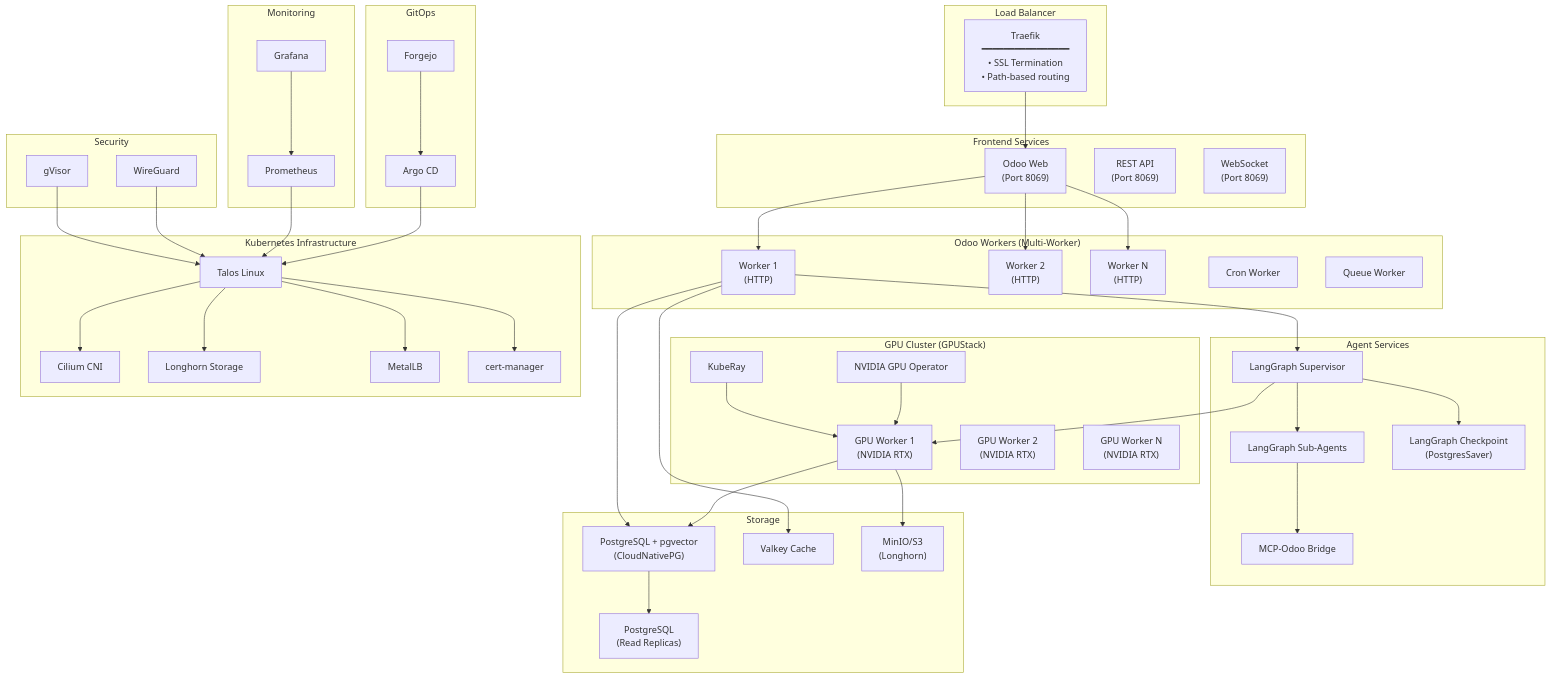
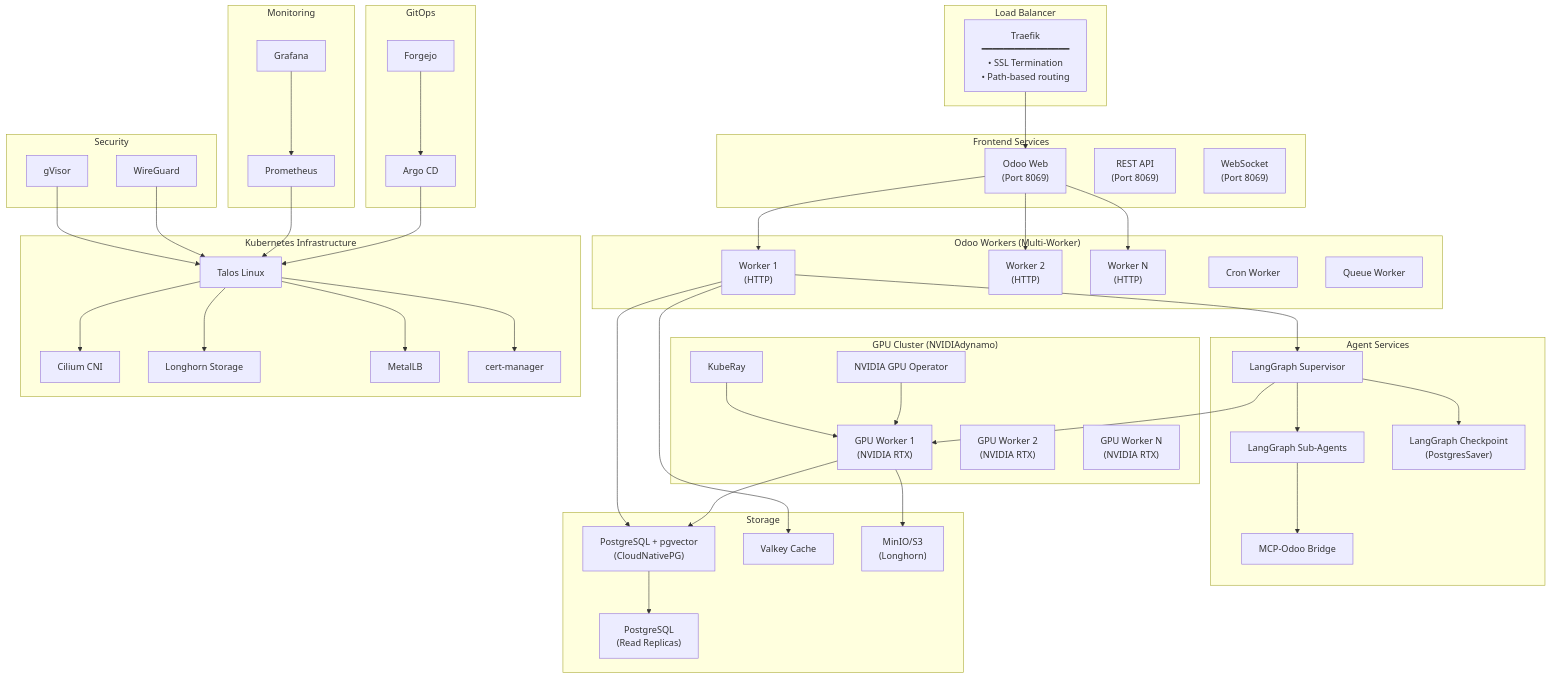
Diagram 11 of 12 in docs/developer/Logical-Solution-Architecture-Diagram.md (nettrades/nettrades-platform), drawn with Mermaid before and after one commit. The commit also changed other lines of this file and 56 other files, not shown here.

```diff
--- a/docs/developer/Logical-Solution-Architecture-Diagram.md
+++ b/docs/developer/Logical-Solution-Architecture-Diagram.md
@@ -766,7 +765,7 @@
         Checkpoint["LangGraph Checkpoint\n(PostgresSaver)"]
     end
 
-    subgraph GPUCluster["GPU Cluster (GPUStack)"]
+    subgraph GPUCluster["GPU Cluster (NVIDIAdynamo)"]
         GPU1["GPU Worker 1\n(NVIDIA RTX)"]
         GPU2["GPU Worker 2\n(NVIDIA RTX)"]
         GPUN["GPU Worker N\n(NVIDIA RTX)"]
```
